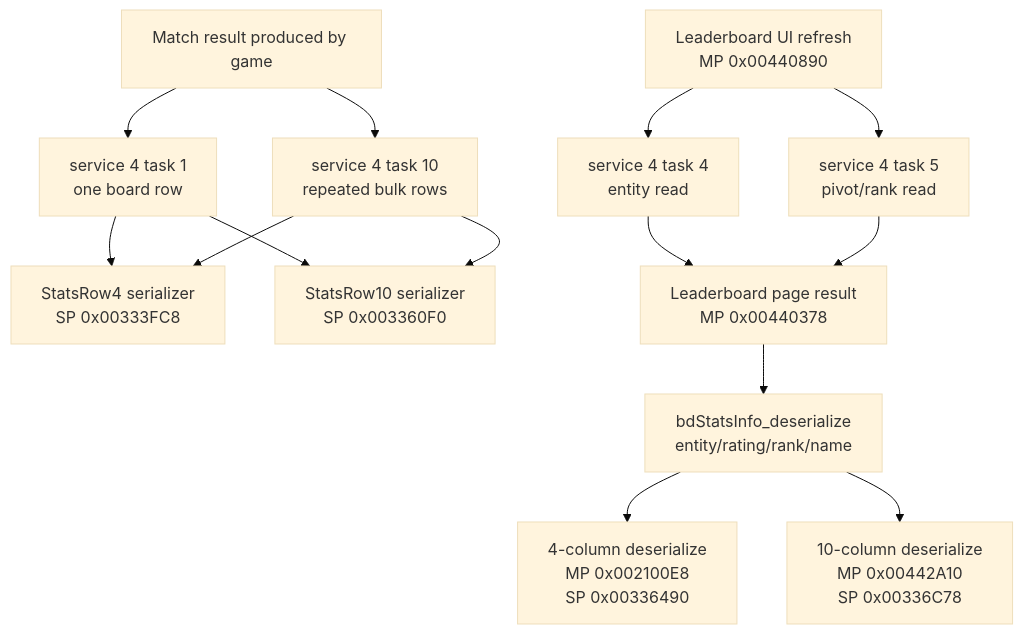
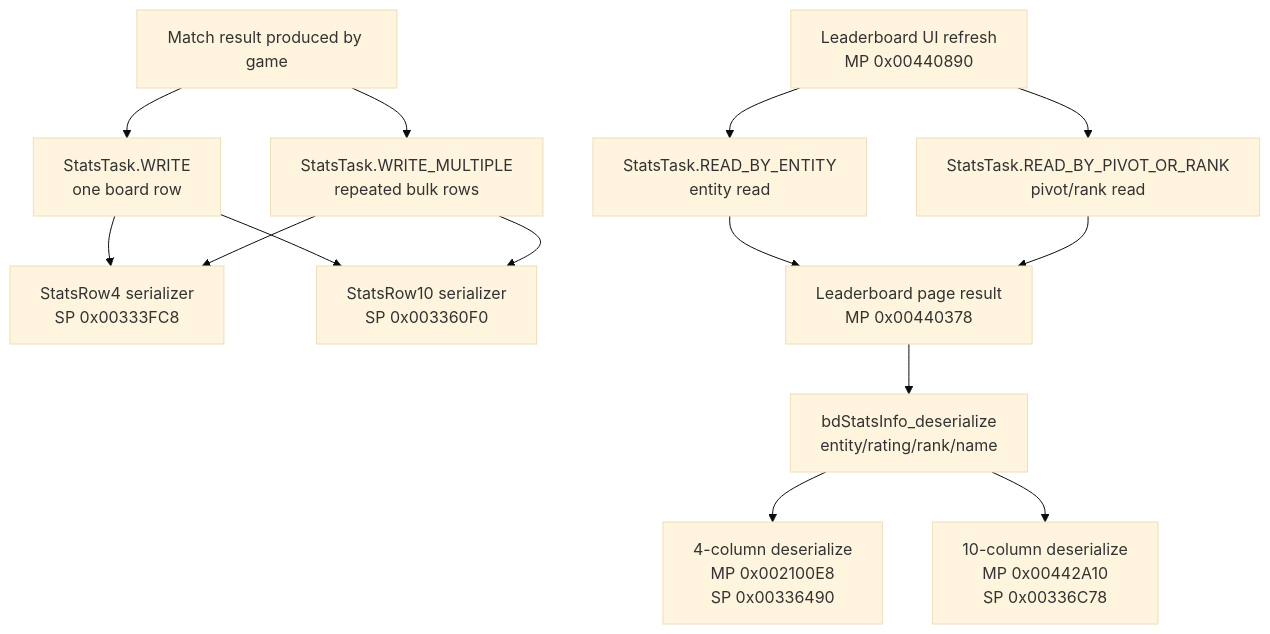
The sixth of 9 diagrams in World-at-War-COD5/DemonWare/Flow-Charts.md (primetime43/CoD-Research), drawn with Mermaid (base theme) before and after one commit. The commit also changed other lines of this file and 3 other files, not shown here.

First line of the commit message:
Replace numeric service/task IDs with symbolic names

````diff
--- a/World-at-War-COD5/DemonWare/Flow-Charts.md
+++ b/World-at-War-COD5/DemonWare/Flow-Charts.md
@@ -147,26 +149,26 @@
 ```mermaid
 flowchart TD
     END[Match result produced by game]
-    T1[service 4 task 1<br/>one board row]
-    T10[service 4 task 10<br/>repeated bulk rows]
+    T1[StatsTask.WRITE<br/>one board row]
+    T10[StatsTask.WRITE_MULTIPLE<br/>repeated bulk rows]
     R4[StatsRow4 serializer<br/>SP 0x00333FC8]
     R10[StatsRow10 serializer<br/>SP 0x003360F0]
     READ[Leaderboard UI refresh<br/>MP 0x00440890]
-    TASK4[service 4 task 4<br/>entity read]
-    TASK5[service 4 task 5<br/>pivot/rank read]
+    TASK4[StatsTask.READ_BY_ENTITY<br/>entity read]
+    TASK5[StatsTask.READ_BY_PIVOT_OR_RANK<br/>pivot/rank read]
     PAGE[Leaderboard page result<br/>MP 0x00440378]
     BASE[bdStatsInfo_deserialize<br/>entity/rating/rank/name]
     D4[4-column deserialize<br/>MP 0x002100E8<br/>SP 0x00336490]
     D10[10-column deserialize<br/>MP 0x00442A10<br/>SP 0x00336C78]
 
     END --> T1
     END --> T10
     T1 --> R4
     T1 --> R10
     T10 --> R4
     T10 --> R10
     READ --> TASK4 --> PAGE --> BASE
     READ --> TASK5 --> PAGE
     BASE --> D4
     BASE --> D10
 ```
````
